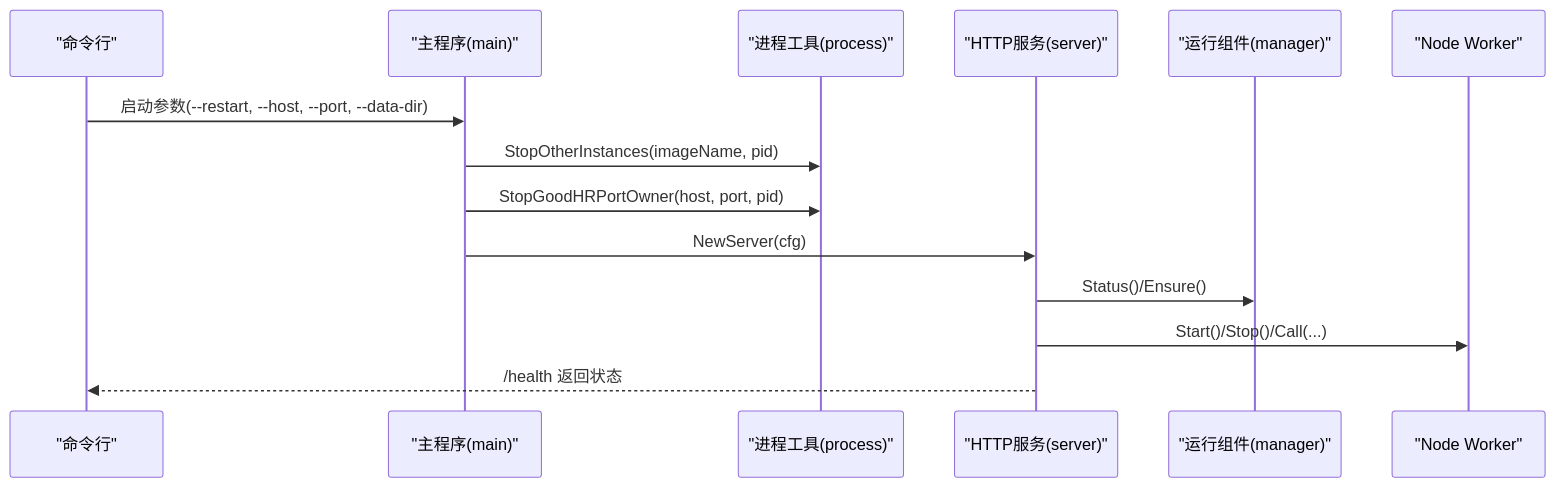
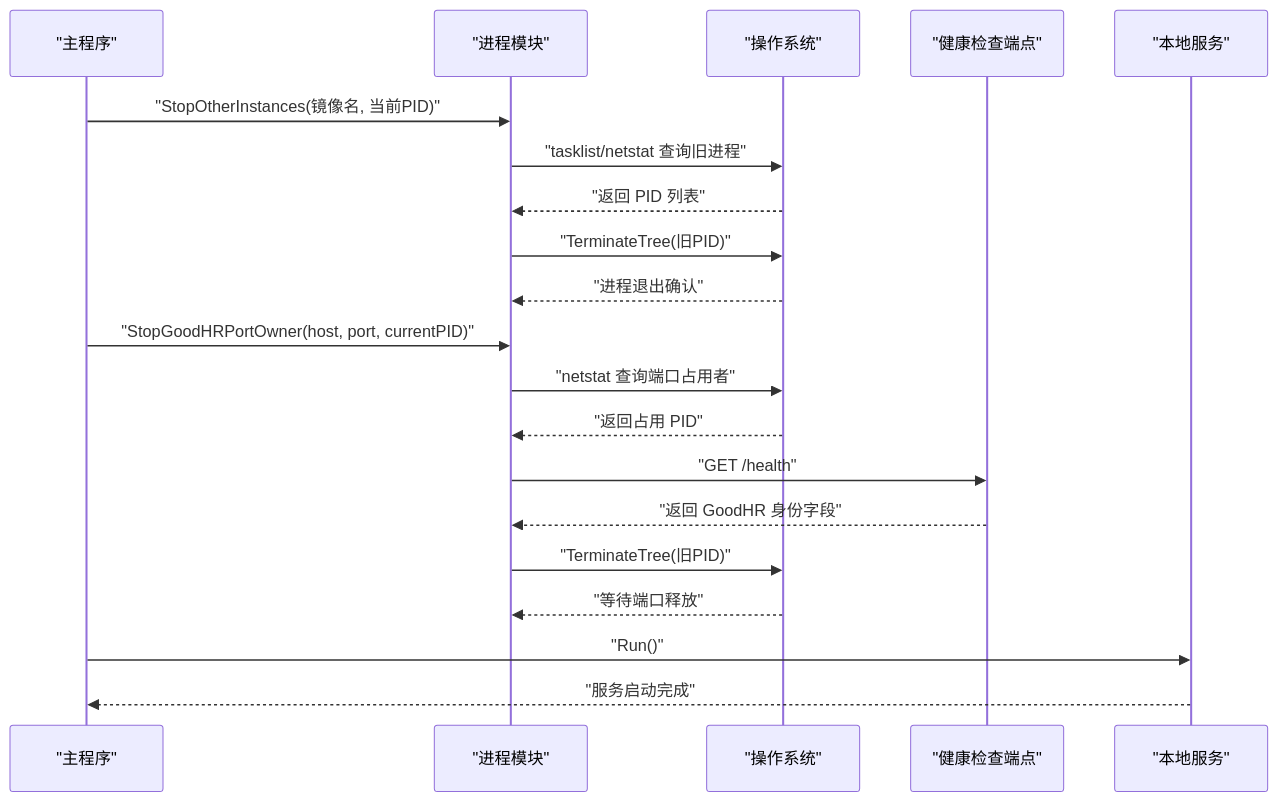
Before and after one commit to alvinwangzi/goodhr: the second of 8 diagrams in .qoder/repowiki/zh/content/本地执行器/核心架构/进程控制.md, drawn with Mermaid. The commit also changed other lines of this file and 149 other files, not shown here.

````diff
--- a/.qoder/repowiki/zh/content/本地执行器/核心架构/进程控制.md
+++ b/.qoder/repowiki/zh/content/本地执行器/核心架构/进程控制.md
@@ -106,16 +93,22 @@
 ```mermaid
 sequenceDiagram
-participant CLI as "命令行"
-participant Main as "主程序(main)"
-participant Proc as "进程工具(process)"
-participant Srv as "HTTP服务(server)"
-participant Runtime as "运行组件(manager)"
-participant Worker as "Node Worker"
-CLI->>Main : 启动参数(--restart, --host, --port, --data-dir)
-Main->>Proc : StopOtherInstances(imageName, pid)
-Main->>Proc : StopGoodHRPortOwner(host, port, pid)
-Main->>Srv : NewServer(cfg)
-Srv->>Runtime : Status()/Ensure()
-Srv->>Worker : Start()/Stop()/Call(...)
-Srv-->>CLI : /health 返回状态
+participant Main as "主程序"
+participant Proc as "进程模块"
+participant OS as "操作系统"
+participant Health as "健康检查端点"
+participant Server as "本地服务"
+Main->>Proc : "StopOtherInstances(镜像名, 当前PID)"
+Proc->>OS : "tasklist/netstat 查询旧进程"
+OS-->>Proc : "返回 PID 列表"
+Proc->>OS : "TerminateTree(旧PID)"
+OS-->>Proc : "进程退出确认"
+Main->>Proc : "StopGoodHRPortOwner(host, port, currentPID)"
+Proc->>OS : "netstat 查询端口占用者"
+OS-->>Proc : "返回占用 PID"
+Proc->>Health : "GET /health"
+Health-->>Proc : "返回 GoodHR 身份字段"
+Proc->>OS : "TerminateTree(旧PID)"
+OS-->>Proc : "等待端口释放"
+Main->>Server : "Run()"
+Server-->>Main : "服务启动完成"
 ```
````
